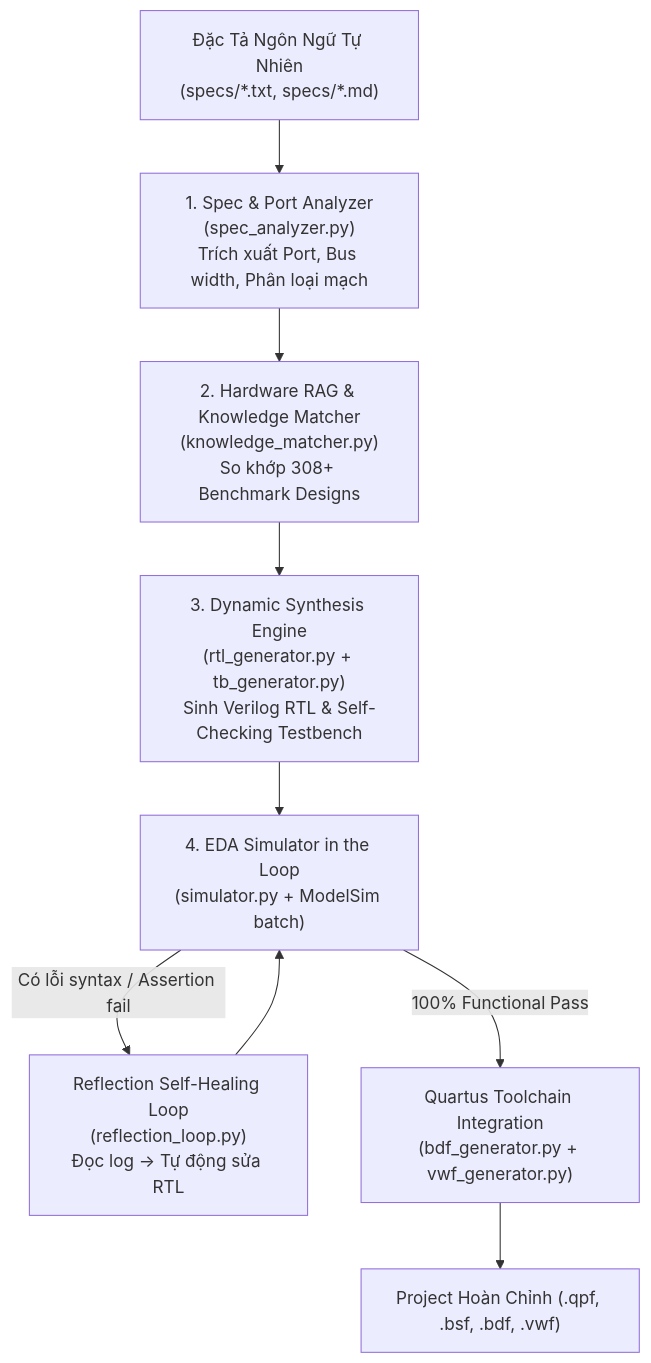
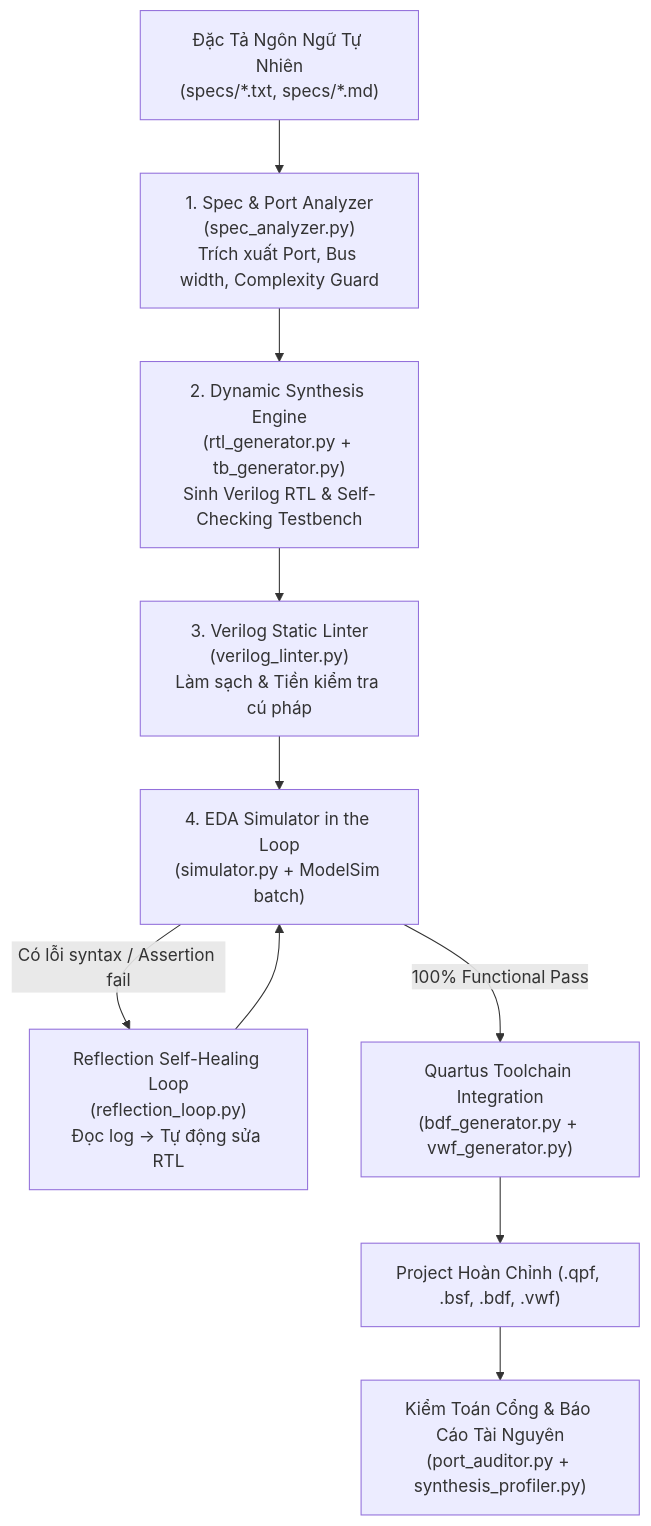
Before and after one commit to LamGianggg/TKLLS: the diagram in README.md, drawn with Mermaid. The commit also changed other lines of this file and 11 other files, not shown here.

Commit message:
refactor: clean up redundant harness and dead functions, update docs and slide script with failure case analysis and knowledge distillation roadmap

````diff
--- a/README.md
+++ b/README.md
@@ -18,11 +18,12 @@
 ```mermaid
 flowchart TD
-    A["Đặc Tả Ngôn Ngữ Tự Nhiên\n(specs/*.txt, specs/*.md)"] --> B["1. Spec & Port Analyzer\n(spec_analyzer.py)\nTrích xuất Port, Bus width, Phân loại mạch"]
-    B --> C["2. Hardware RAG & Knowledge Matcher\n(knowledge_matcher.py)\nSo khớp 308+ Benchmark Designs"]
-    C --> D["3. Dynamic Synthesis Engine\n(rtl_generator.py + tb_generator.py)\nSinh Verilog RTL & Self-Checking Testbench"]
+    A["Đặc Tả Ngôn Ngữ Tự Nhiên\n(specs/*.txt, specs/*.md)"] --> B["1. Spec & Port Analyzer\n(spec_analyzer.py)\nTrích xuất Port, Bus width, Complexity Guard"]
+    B --> C["2. Dynamic Synthesis Engine\n(rtl_generator.py + tb_generator.py)\nSinh Verilog RTL & Self-Checking Testbench"]
+    C --> D["3. Verilog Static Linter\n(verilog_linter.py)\nLàm sạch & Tiền kiểm tra cú pháp"]
     D --> E["4. EDA Simulator in the Loop\n(simulator.py + ModelSim batch)"]
     E -->|Có lỗi syntax / Assertion fail| F["Reflection Self-Healing Loop\n(reflection_loop.py)\nĐọc log -> Tự động sửa RTL"]
     F --> E
     E -->|100% Functional Pass| G["Quartus Toolchain Integration\n(bdf_generator.py + vwf_generator.py)"]
     G --> H["Project Hoàn Chỉnh (.qpf, .bsf, .bdf, .vwf)"]
+    H --> I["Kiểm Toán Cổng & Báo Cáo Tài Nguyên\n(port_auditor.py + synthesis_profiler.py)"]
 ```
````
